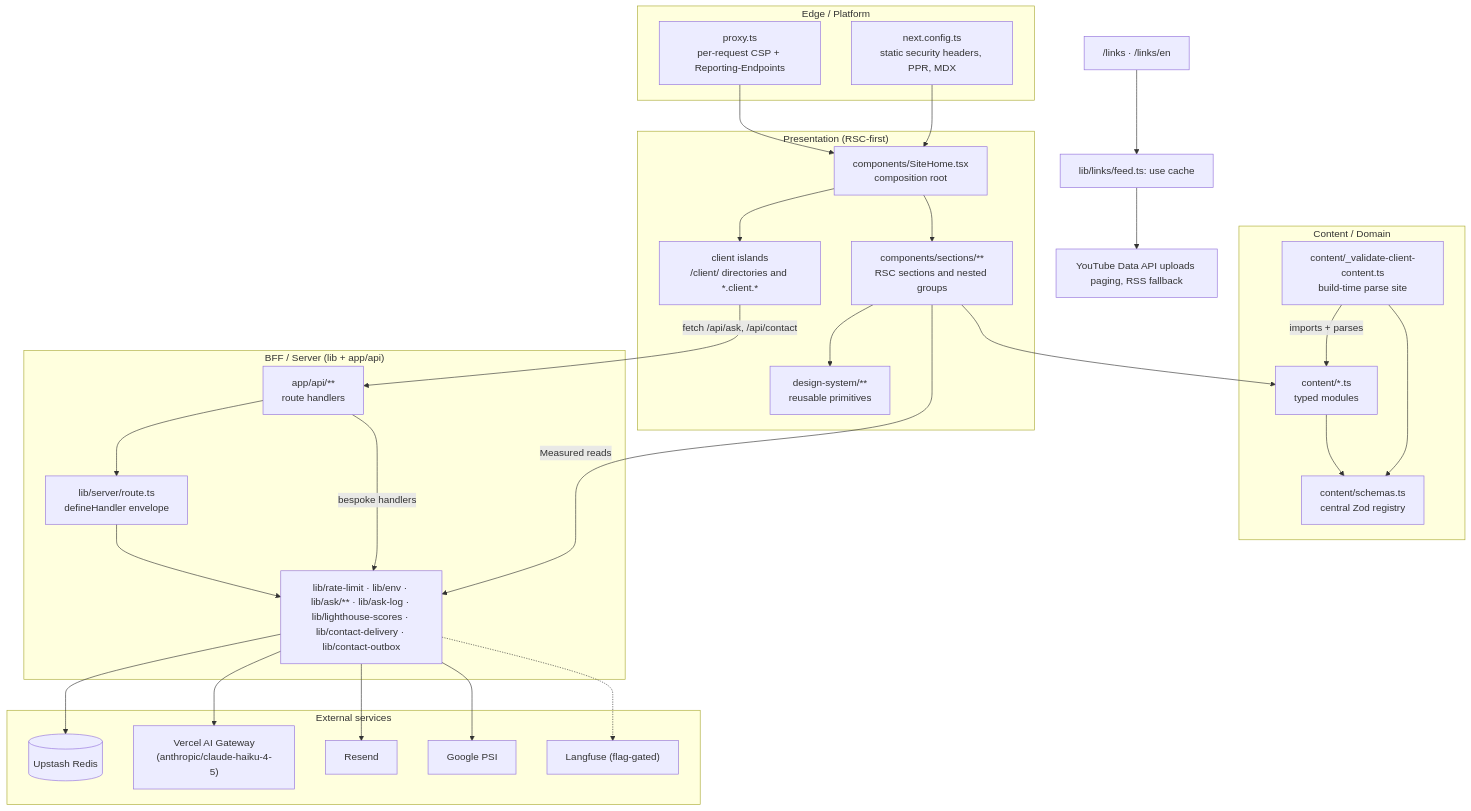
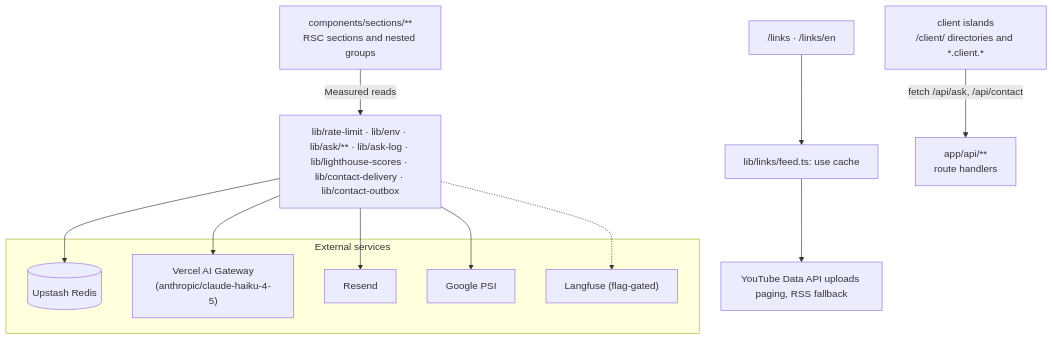
One commit to erikunha/portfolio changed the third of 7 diagrams in docs/01-architecture.md. Above: the diagram before and after it, drawn with Mermaid. The commit also changed other lines of this file and 75 other files, not shown here.

First line of the commit message:
feat(content): the site positions Erik as Senior Software Engineer, AI Engineer (#402)

````diff
--- a/docs/01-architecture.md
+++ b/docs/01-architecture.md
@@ -15,50 +59,20 @@
 ```mermaid
 flowchart TB
-    subgraph edge["Edge / Platform"]
-        proxy["proxy.ts<br/>per-request CSP + Reporting-Endpoints"]
-        cfg["next.config.ts<br/>static security headers, PPR, MDX"]
-    end
-    subgraph present["Presentation (RSC-first)"]
-        page["components/SiteHome.tsx<br/>composition root"]
-        sections["components/sections/**<br/>RSC sections and nested groups"]
-        islands["client islands<br/>/client/ directories and *.client.*"]
-        ds["design-system/**<br/>reusable primitives"]
-    end
-    subgraph content["Content / Domain"]
-        cmods["content/*.ts<br/>typed modules"]
-        schemas["content/schemas.ts<br/>central Zod registry"]
-        gate["content/_validate-client-content.ts<br/>build-time parse site"]
-    end
-    subgraph bff["BFF / Server (lib + app/api)"]
-        api["app/api/**<br/>route handlers"]
-        handler["lib/server/route.ts<br/>defineHandler envelope"]
-        libcore["lib/rate-limit · lib/env · lib/ask/** · lib/ask-log · lib/lighthouse-scores · lib/contact-delivery · lib/contact-outbox"]
-    end
+    libcore["lib/rate-limit · lib/env · lib/ask/** · lib/ask-log · lib/lighthouse-scores · lib/contact-delivery · lib/contact-outbox"]
     subgraph ext["External services"]
         redis[("Upstash Redis")]
         gw["Vercel AI Gateway<br/>(anthropic/claude-haiku-4-5)"]
         resend["Resend"]
         psi["Google PSI"]
         lf["Langfuse (flag-gated)"]
     end
-
-    proxy --> page
-    cfg --> page
-    page --> sections --> ds
-    page --> islands
-    sections --> cmods
-    cmods --> schemas
-    gate -->|imports + parses| cmods
-    gate --> schemas
-    islands -->|fetch /api/ask, /api/contact| api
-    api --> handler --> libcore
-    api -->|bespoke handlers| libcore
-    sections -->|Measured reads| libcore
     links["/links · /links/en"] --> feed["lib/links/feed.ts: use cache"]
     feed --> yt["YouTube Data API uploads paging, RSS fallback"]
     libcore --> redis
     libcore --> gw
     libcore --> resend
     libcore --> psi
     libcore -.-> lf
+    islands["client islands<br/>/client/ directories and *.client.*"] -->|fetch /api/ask, /api/contact| api["app/api/**<br/>route handlers"]
+    sections["components/sections/**<br/>RSC sections and nested groups"] -->|Measured reads| libcore
 ```
````
